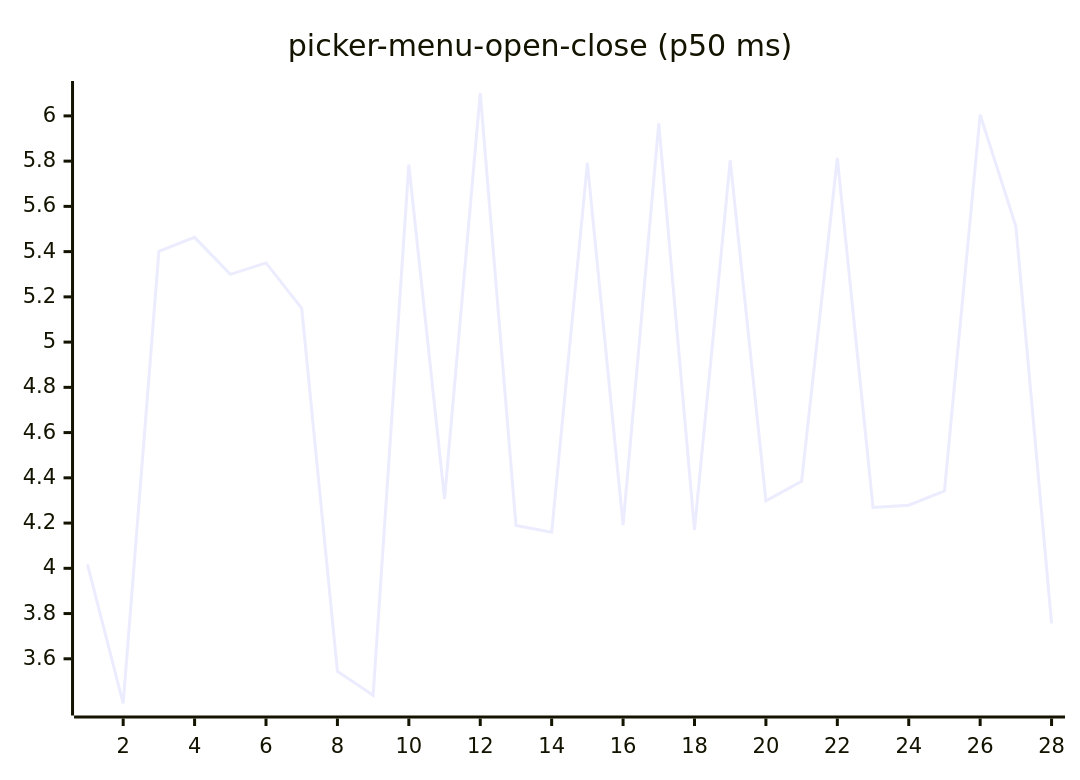
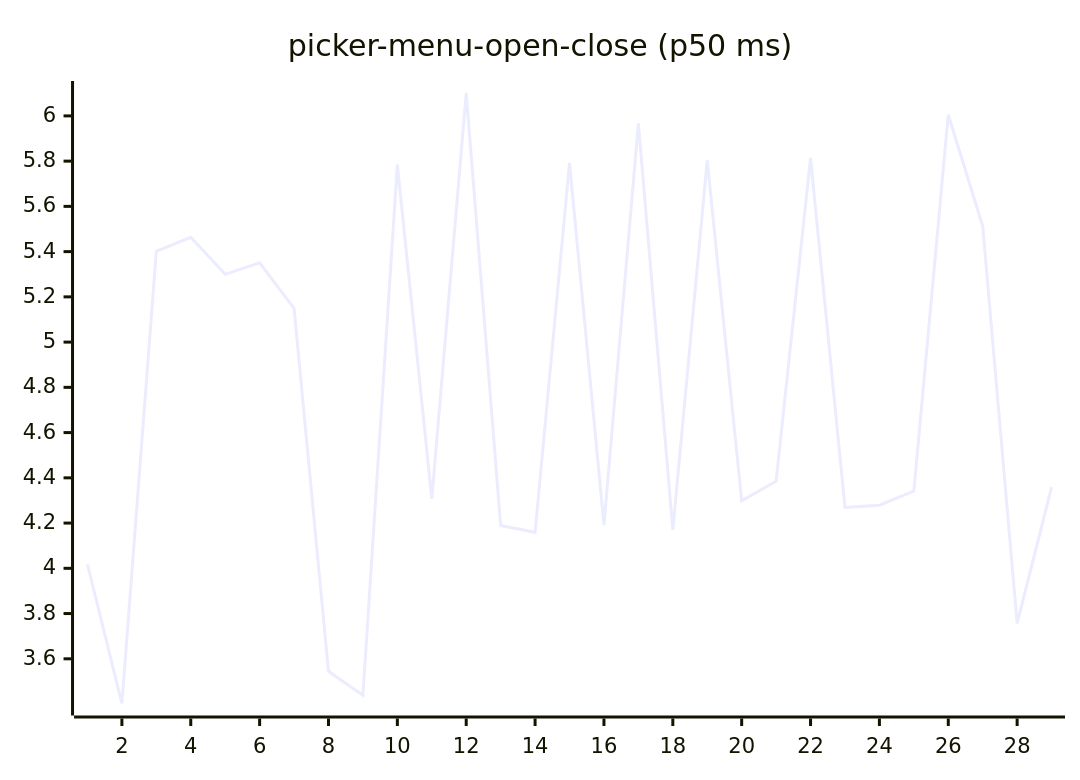
Diagram 16 of 27 in README.md (josha/Facet), drawn with Mermaid before and after one commit. The commit also changed other lines of this file and 2 other files, not shown here.

````diff
--- a/README.md
+++ b/README.md
@@ -168,6 +168,6 @@
 ```mermaid
 xychart-beta
     title "picker-menu-open-close (p50 ms)"
-    x-axis 1 --> 28
-    line [4.0174, 3.4024, 5.4017, 5.4631, 5.2994, 5.3502, 5.1493, 3.5447, 3.4388, 5.7846, 4.3066, 6.1012, 4.1897, 4.1591, 5.7919, 4.1912, 5.9674, 4.1698, 5.8037, 4.2981, 4.3851, 5.8139, 4.2694, 4.2792, 4.3416, 6.0052, 5.5122, 3.7566]
+    x-axis 1 --> 29
+    line [4.0174, 3.4024, 5.4017, 5.4631, 5.2994, 5.3502, 5.1493, 3.5447, 3.4388, 5.7846, 4.3066, 6.1012, 4.1897, 4.1591, 5.7919, 4.1912, 5.9674, 4.1698, 5.8037, 4.2981, 4.3851, 5.8139, 4.2694, 4.2792, 4.3416, 6.0052, 5.5122, 3.7566, 4.3593]
 ```
````
